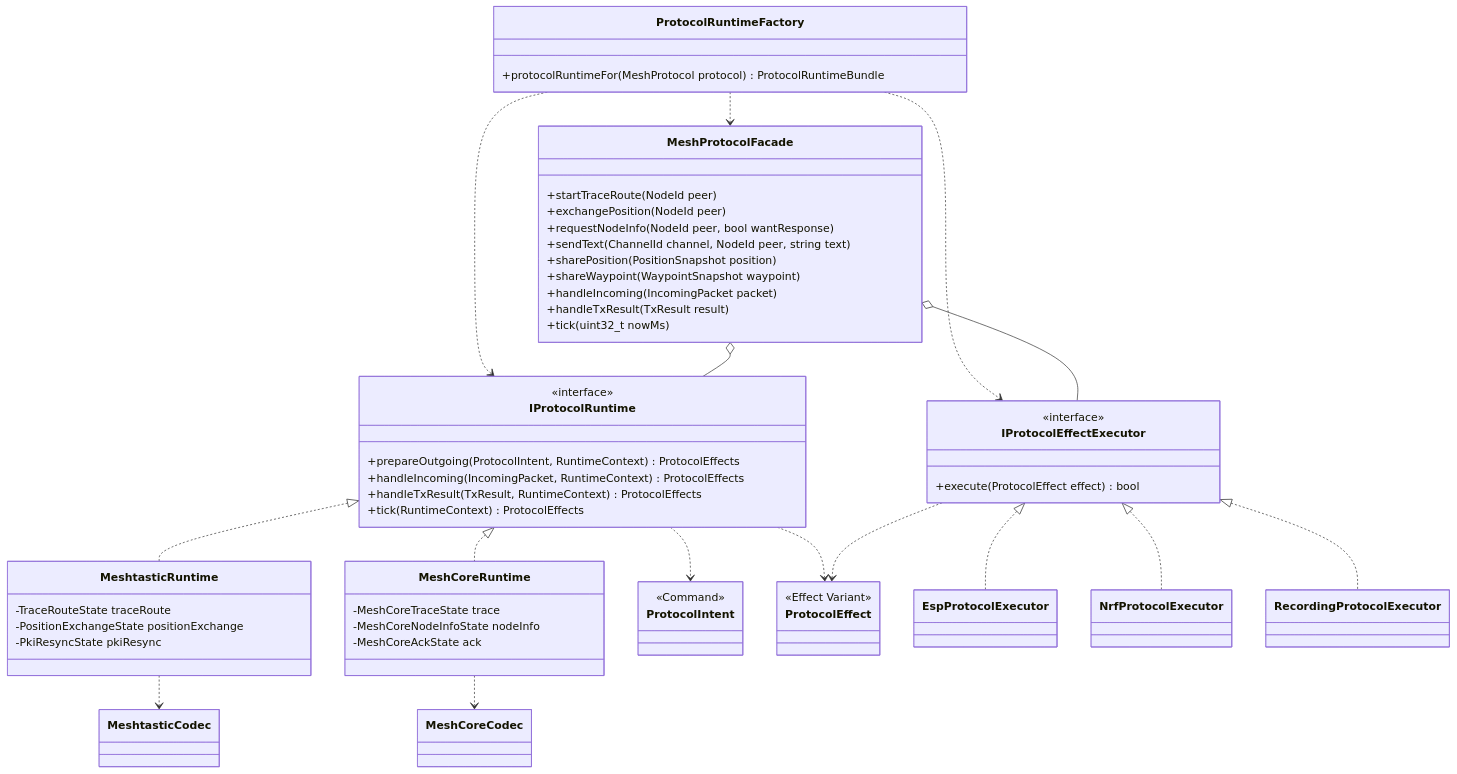
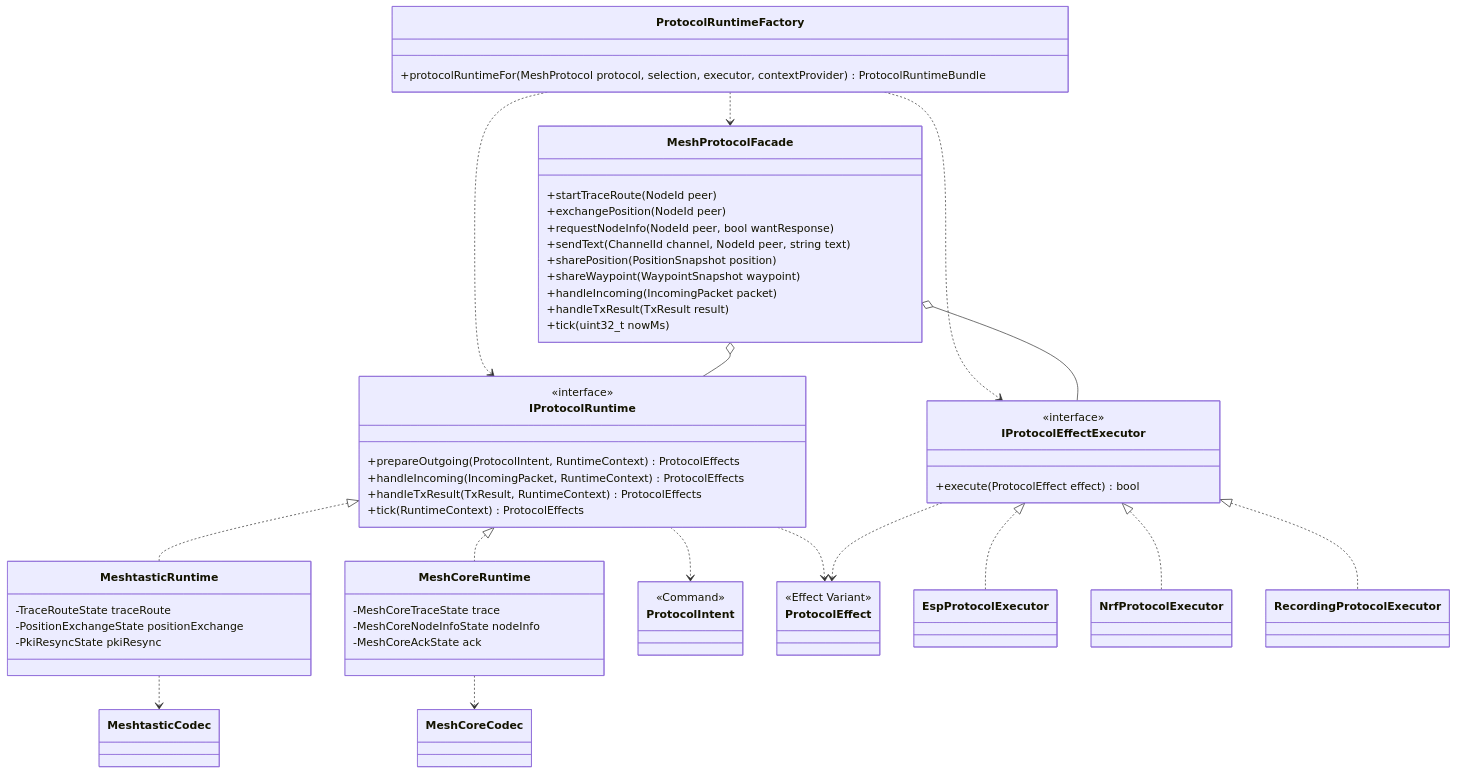
Before and after one commit to DinaTzi/trail-mate: the first of 6 diagrams in docs/specification/PROTOCOL_RUNTIME_DESIGN_SPEC.md, drawn with Mermaid. The commit also changed other lines of this file and 1 other file, not shown here.

Commit message:
docs(protocol): record runtime architecture conformance

````diff
--- a/docs/specification/PROTOCOL_RUNTIME_DESIGN_SPEC.md
+++ b/docs/specification/PROTOCOL_RUNTIME_DESIGN_SPEC.md
@@ -279,74 +296,74 @@
 ```mermaid
 classDiagram
     class MeshProtocolFacade {
         +startTraceRoute(NodeId peer)
         +exchangePosition(NodeId peer)
         +requestNodeInfo(NodeId peer, bool wantResponse)
         +sendText(ChannelId channel, NodeId peer, string text)
         +sharePosition(PositionSnapshot position)
         +shareWaypoint(WaypointSnapshot waypoint)
         +handleIncoming(IncomingPacket packet)
         +handleTxResult(TxResult result)
         +tick(uint32_t nowMs)
     }
 
     class IProtocolRuntime {
         <<interface>>
         +prepareOutgoing(ProtocolIntent, RuntimeContext) ProtocolEffects
         +handleIncoming(IncomingPacket, RuntimeContext) ProtocolEffects
         +handleTxResult(TxResult, RuntimeContext) ProtocolEffects
         +tick(RuntimeContext) ProtocolEffects
     }
 
     class MeshtasticRuntime {
         -TraceRouteState traceRoute
         -PositionExchangeState positionExchange
         -PkiResyncState pkiResync
     }
 
     class MeshCoreRuntime {
         -MeshCoreTraceState trace
         -MeshCoreNodeInfoState nodeInfo
         -MeshCoreAckState ack
     }
 
     class ProtocolIntent {
         <<Command>>
     }
 
     class ProtocolEffect {
         <<Effect Variant>>
     }
 
     class IProtocolEffectExecutor {
         <<interface>>
         +execute(ProtocolEffect effect) bool
     }
 
     class EspProtocolExecutor
     class NrfProtocolExecutor
     class RecordingProtocolExecutor
 
     class ProtocolRuntimeFactory {
-        +protocolRuntimeFor(MeshProtocol protocol) ProtocolRuntimeBundle
+        +protocolRuntimeFor(MeshProtocol protocol, selection, executor, contextProvider) ProtocolRuntimeBundle
     }
 
     class MeshtasticCodec
     class MeshCoreCodec
 
     ProtocolRuntimeFactory ..> MeshProtocolFacade
     ProtocolRuntimeFactory ..> IProtocolRuntime
     ProtocolRuntimeFactory ..> IProtocolEffectExecutor
     MeshProtocolFacade o-- IProtocolRuntime
     MeshProtocolFacade o-- IProtocolEffectExecutor
     IProtocolRuntime <|.. MeshtasticRuntime
     IProtocolRuntime <|.. MeshCoreRuntime
     IProtocolEffectExecutor <|.. EspProtocolExecutor
     IProtocolEffectExecutor <|.. NrfProtocolExecutor
     IProtocolEffectExecutor <|.. RecordingProtocolExecutor
     MeshtasticRuntime ..> MeshtasticCodec
     MeshCoreRuntime ..> MeshCoreCodec
     IProtocolRuntime ..> ProtocolIntent
     IProtocolRuntime ..> ProtocolEffect
     IProtocolEffectExecutor ..> ProtocolEffect
 ```
````
